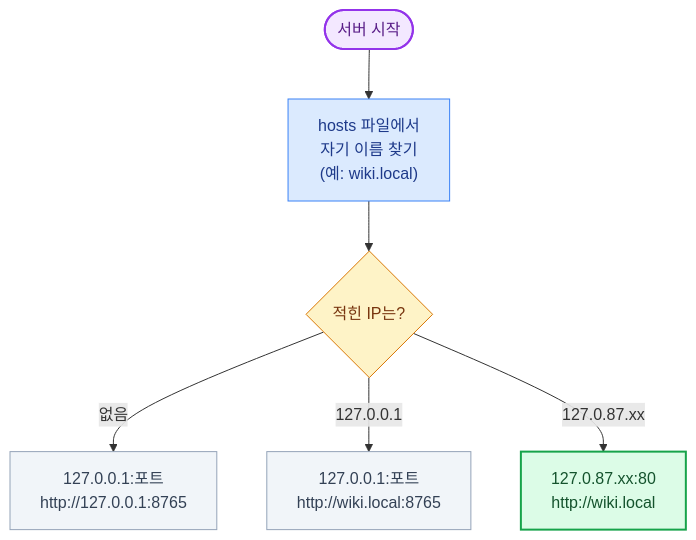
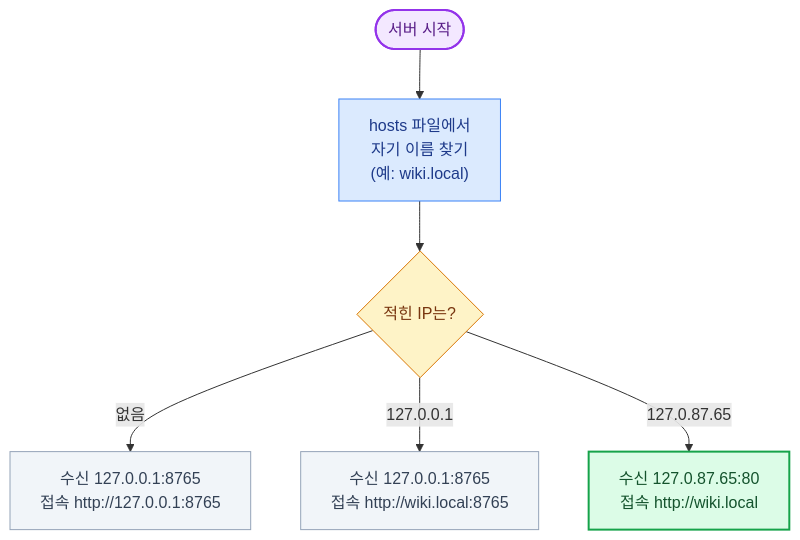
Before and after one commit to pcmola/ai-master: the fifth of 10 diagrams in README.md, drawn with Mermaid. The commit also changed other lines of this file, not shown here.

Commit message:
README: hosts 설명에 서버별 포트·전용 IP 표 추가, 다이어그램 '포트'를 실제 값으로

````diff
--- a/README.md
+++ b/README.md
@@ -503,19 +514,19 @@
 ```mermaid
 flowchart TD
     start(["서버 시작"]) --> read["hosts 파일에서<br/>자기 이름 찾기<br/>(예: wiki.local)"]
     read --> found{"적힌 IP는?"}
-    found -- "없음" --> a["127.0.0.1:포트<br/>http://127.0.0.1:8765"]
-    found -- "127.0.0.1" --> b["127.0.0.1:포트<br/>http://wiki.local:8765"]
-    found -- "127.0.87.xx" --> c["127.0.87.xx:80<br/>http://wiki.local"]
+    found -- "없음" --> a["수신 127.0.0.1:8765<br/>접속 http://127.0.0.1:8765"]
+    found -- "127.0.0.1" --> b["수신 127.0.0.1:8765<br/>접속 http://wiki.local:8765"]
+    found -- "127.0.87.65" --> c["수신 127.0.87.65:80<br/>접속 http://wiki.local"]
 
     classDef start fill:#F3E8FF,stroke:#9333EA,stroke-width:2px,color:#581C87
     classDef step fill:#DBEAFE,stroke:#3B82F6,color:#1E3A8A
     classDef decide fill:#FEF3C7,stroke:#D97706,color:#78350F
     classDef meh fill:#F1F5F9,stroke:#94A3B8,color:#334155
     classDef best fill:#DCFCE7,stroke:#16A34A,stroke-width:2px,color:#14532D
     class start start
     class read step
     class found decide
     class a,b meh
     class c best
 ```
````
